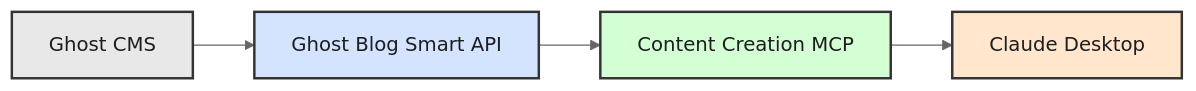
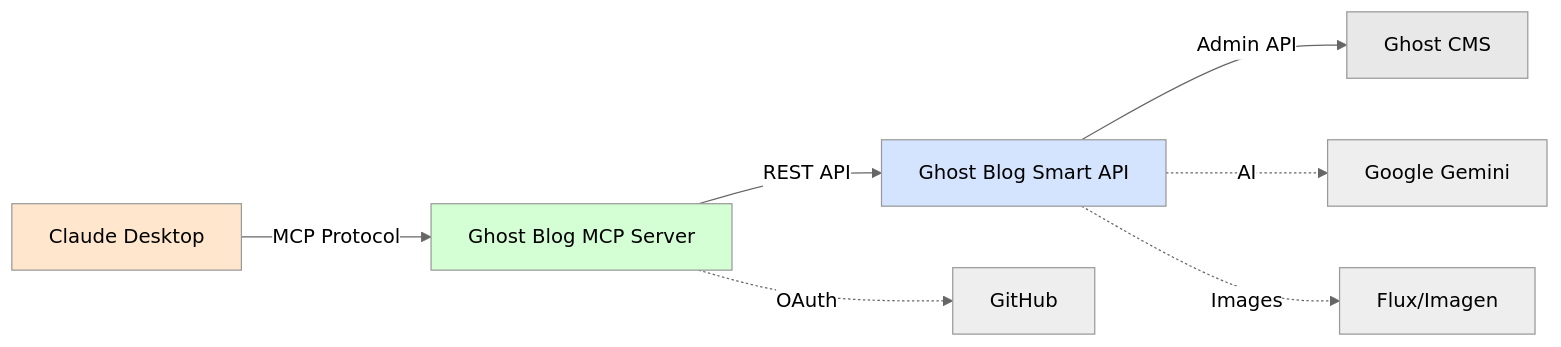
One commit to preangelleo/ghost-blog-management-mcp changed the diagram in README.md. Above: the diagram before and after it, drawn with Mermaid (neutral theme). The commit also changed other lines of this file, not shown here.

````diff
--- a/README.md
+++ b/README.md
@@ -316,11 +34,15 @@
 ```mermaid
 graph LR
-    A[Ghost CMS] --> B[Ghost Blog Smart API]
-    B --> C[Content Creation MCP]
-    C --> D[Claude Desktop]
+    A[Claude Desktop] -->|MCP Protocol| B[Ghost Blog MCP Server]
+    B -->|REST API| C[Ghost Blog Smart API]
+    C -->|Admin API| D[Ghost CMS]
     
-    style A fill:#E8E8E8,stroke:#333,stroke-width:2px,color:#1d1e1f
-    style B fill:#D4E4FF,stroke:#333,stroke-width:2px,color:#1d1e1f
-    style C fill:#D4FFD4,stroke:#333,stroke-width:2px,color:#1d1e1f
-    style D fill:#FFE6CC,stroke:#333,stroke-width:2px,color:#1d1e1f
+    B -.->|OAuth| E[GitHub]
+    C -.->|AI| F[Google Gemini]
+    C -.->|Images| G[Flux/Imagen]
+    
+    style A fill:#FFE6CC
+    style B fill:#D4FFD4
+    style C fill:#D4E4FF
+    style D fill:#E8E8E8
 ```
````
